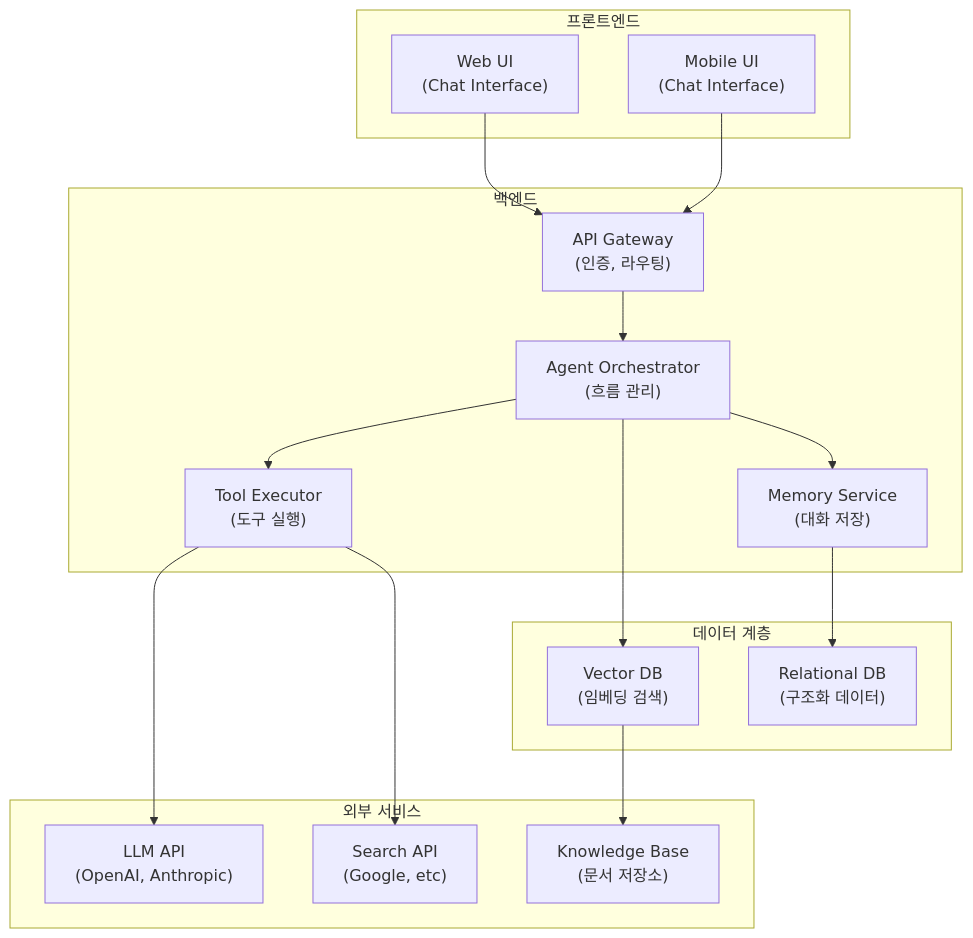
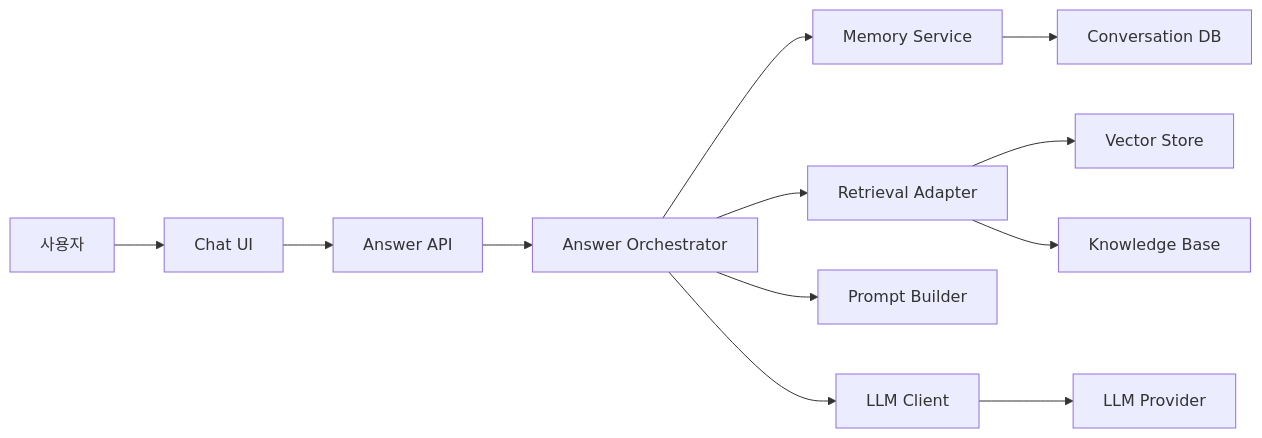
Before and after one commit to 42kitrun/42kitrun.github.io: the diagram in content/posts/cs/uml-component-for-ai-agent.md, drawn with Mermaid. The commit also changed other lines of this file and 4 other files, not shown here.

Commit message:
Align UML agent series component direction

````diff
--- a/content/posts/cs/uml-component-for-ai-agent.md
+++ b/content/posts/cs/uml-component-for-ai-agent.md
@@ -186,36 +126,16 @@
 ```mermaid
-graph TB
-    subgraph Frontend["프론트엔드"]
-        WebUI["Web UI<br/>(Chat Interface)"]
-        MobileUI["Mobile UI<br/>(Chat Interface)"]
-    end
+graph LR
+    User["사용자"] --> ChatUI["Chat UI"]
+    ChatUI --> API["Answer API"]
+    API --> Orchestrator["Answer Orchestrator"]
 
-    subgraph Backend["백엔드"]
-        APIGateway["API Gateway<br/>(인증, 라우팅)"]
-        Orchestrator["Agent Orchestrator<br/>(흐름 관리)"]
-        ToolExecutor["Tool Executor<br/>(도구 실행)"]
-        MemoryService["Memory Service<br/>(대화 저장)"]
-    end
+    Orchestrator --> Memory["Memory Service"]
+    Orchestrator --> Retrieval["Retrieval Adapter"]
+    Orchestrator --> Prompt["Prompt Builder"]
+    Orchestrator --> LLM["LLM Client"]
 
-    subgraph DataLayer["데이터 계층"]
-        VectorDB["Vector DB<br/>(임베딩 검색)"]
-        RelationalDB["Relational DB<br/>(구조화 데이터)"]
-    end
-
-    subgraph External["외부 서비스"]
-        LLMApi["LLM API<br/>(OpenAI, Anthropic)"]
-        SearchApi["Search API<br/>(Google, etc)"]
-        KnowledgeBase["Knowledge Base<br/>(문서 저장소)"]
-    end
-
-    WebUI --> APIGateway
-    MobileUI --> APIGateway
-    APIGateway --> Orchestrator
-    Orchestrator --> ToolExecutor
-    Orchestrator --> MemoryService
-    ToolExecutor --> LLMApi
-    ToolExecutor --> SearchApi
-    MemoryService --> RelationalDB
-    Orchestrator --> VectorDB
-    VectorDB --> KnowledgeBase
+    Retrieval --> VectorStore["Vector Store"]
+    Retrieval --> KnowledgeBase["Knowledge Base"]
+    Memory --> ConversationDB["Conversation DB"]
+    LLM --> Provider["LLM Provider"]
 ```
````
